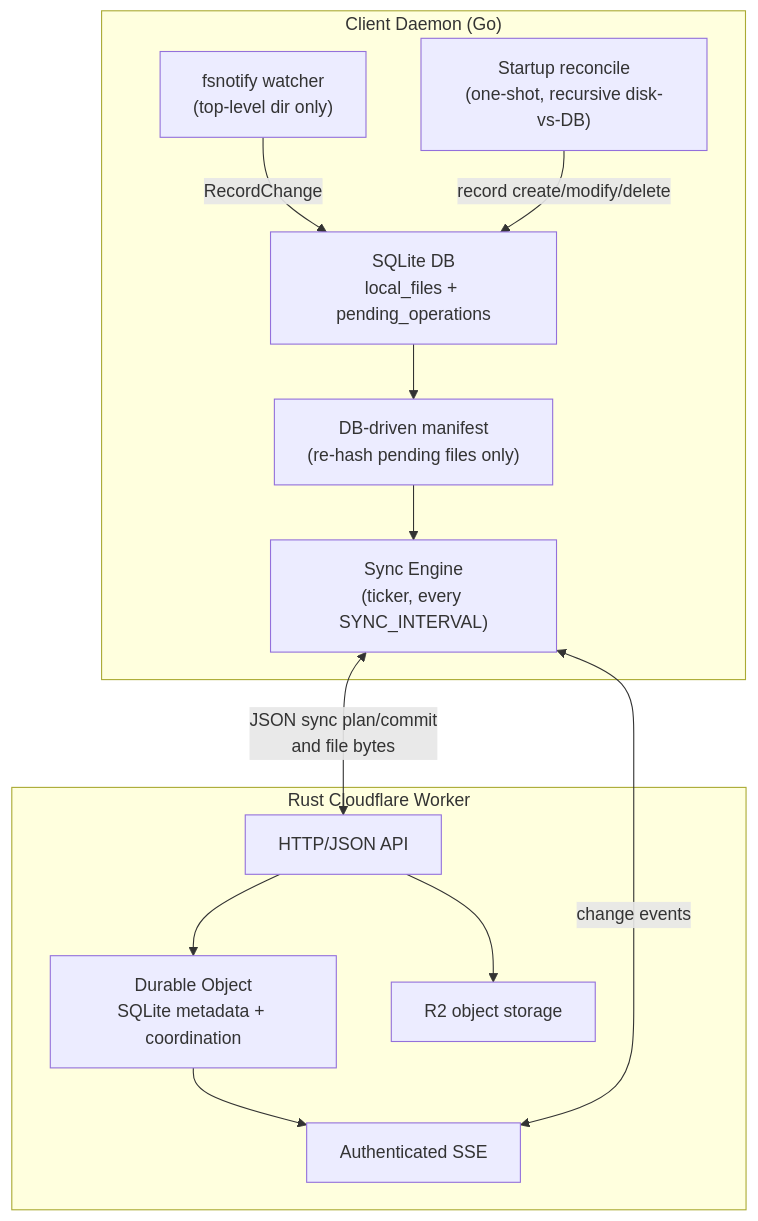
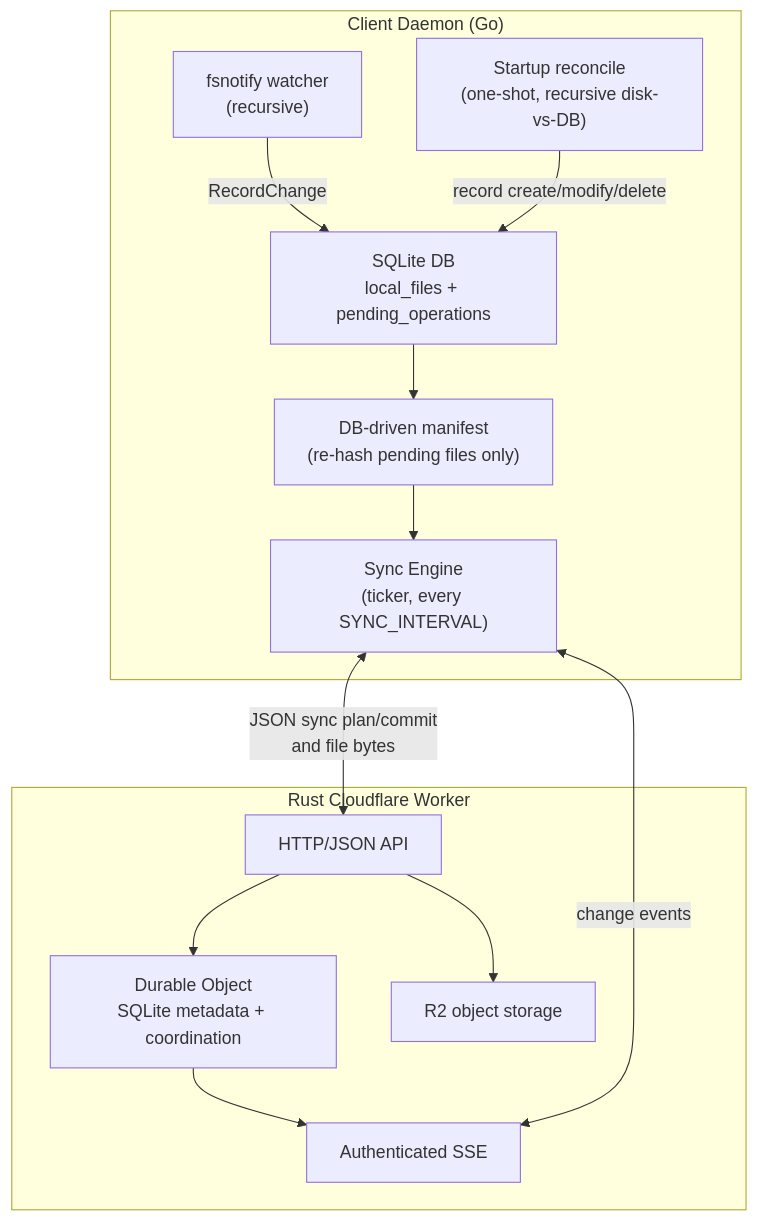
One commit to ShivangNagta/data_sync changed the diagram in README.md. Above: the diagram before and after it, drawn with Mermaid. The commit also changed 2 other files, not shown here.

Commit message:
FIX: Watch nested files recursively

````diff
--- a/README.md
+++ b/README.md
@@ -8,29 +8,29 @@
 ```mermaid
 flowchart TB
     subgraph Client["Client Daemon (Go)"]
-        Watcher["fsnotify watcher<br/>(top-level dir only)"]
+        Watcher["fsnotify watcher<br/>(recursive)"]
         Reconcile["Startup reconcile<br/>(one-shot, recursive disk-vs-DB)"]
         LocalDB["SQLite DB<br/>local_files + pending_operations"]
         Manifest["DB-driven manifest<br/>(re-hash pending files only)"]
         SyncEngine["Sync Engine<br/>(ticker, every SYNC_INTERVAL)"]
 
         Watcher -->|"RecordChange"| LocalDB
         Reconcile -->|"record create/modify/delete"| LocalDB
         LocalDB --> Manifest
         Manifest --> SyncEngine
     end
 
     subgraph Worker["Rust Cloudflare Worker"]
         API["HTTP/JSON API"]
         DurableObject["Durable Object<br/>SQLite metadata + coordination"]
         R2Client["R2 object storage"]
         Events["Authenticated SSE"]
 
         API --> DurableObject
         API --> R2Client
         DurableObject --> Events
     end
 
     SyncEngine <-->|"JSON sync plan/commit<br/>and file bytes"| API
     SyncEngine <-->|"change events"| Events
 ```
````
